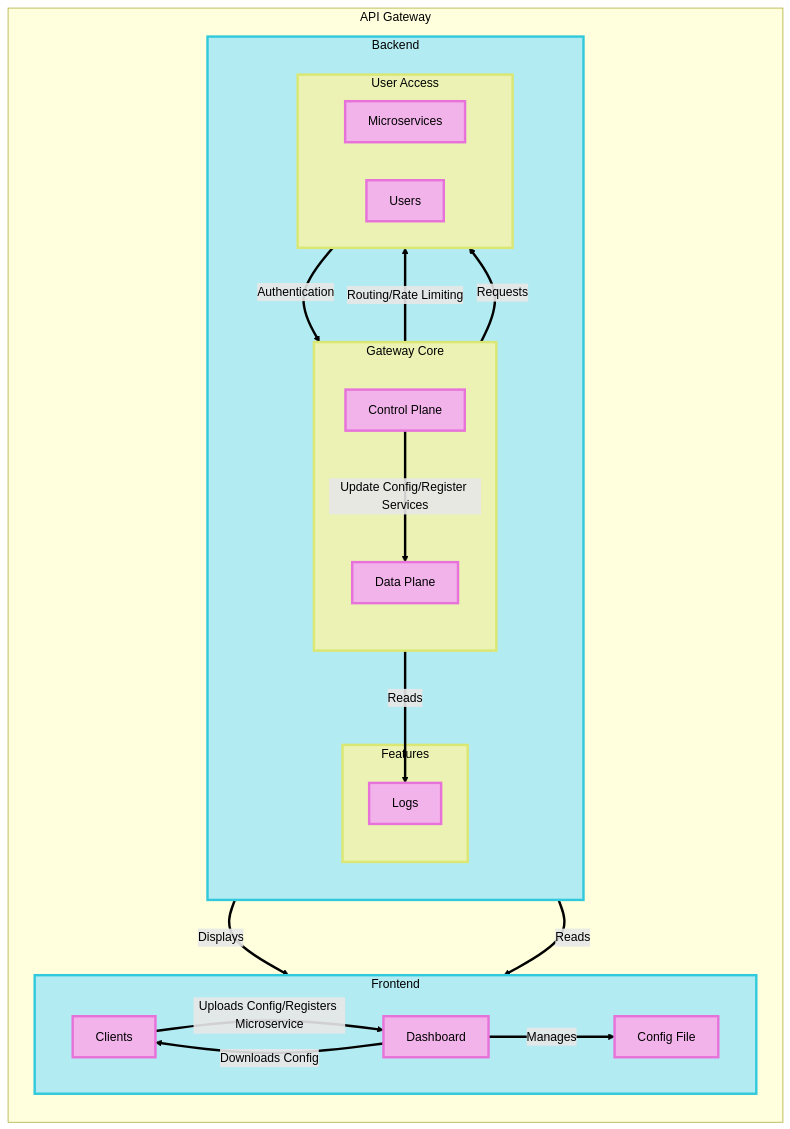
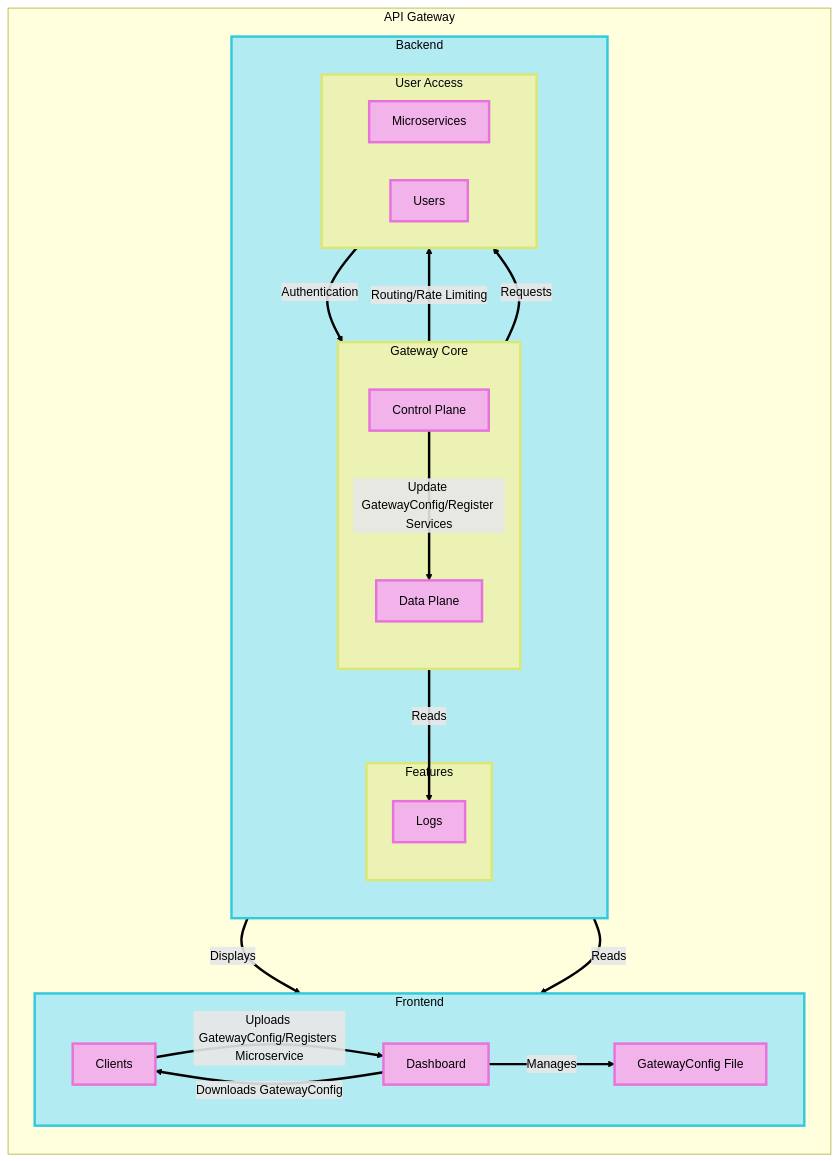
One commit to john-david3/fyp-api-gateway changed the diagram in docs/architecture.md. Above: the diagram before and after it, drawn with Mermaid. The commit also changed 18 other files, not shown here.

````diff
--- a/docs/architecture.md
+++ b/docs/architecture.md
@@ -1,69 +1,69 @@
 ```mermaid
 flowchart TB
 %% Graphs
     subgraph Project["API Gateway"]
         direction TB
 
         subgraph Frontend["Frontend"]
             direction LR
             Clients["Clients"]
             Dashboard["Dashboard"]
-            Config["Config File"]
+            GatewayConfig["GatewayConfig File"]
         end
 
         subgraph Backend["Backend"]
             direction TB
 
             subgraph Features["Features"]
                 Logs["Logs"]
             end
 
             subgraph Core["Gateway Core"]
                 direction TB
                 Control["Control Plane"]
                 Data["Data Plane"]
             end
 
             subgraph UserAccess["User Access"]
                 direction LR
                 Microservices["Microservices"]
                 Users["Users"]
             end
         end
     end
 
 %% Connections
-    Clients --"Uploads Config/Registers Microservice"--> Dashboard
-    Dashboard --"Downloads Config"--> Clients
-Dashboard --"Manages"--> Config
+    Clients --"Uploads GatewayConfig/Registers Microservice"--> Dashboard
+    Dashboard --"Downloads GatewayConfig"--> Clients
+Dashboard --"Manages"--> GatewayConfig
 
-Control --"Update Config/Register Services"--> Data
+Control --"Update GatewayConfig/Register Services"--> Data
 Control --Displays--> Dashboard
-Control --Reads--> Config
+Control --Reads--> GatewayConfig
 Control --"Reads"--> Logs
 Data --"Routing/Rate Limiting"--> Microservices
 Data --Requests--> Users
 Users --Authentication--> Data
 
 %% Colours
 classDef outer fill:#b3ebf2,stroke:#31c9dc,stroke-width:0.2em,color:#000;
 class Frontend outer;
 class Backend outer;
 
 classDef inner fill:#ebf2b3,stroke:#dae772,stroke-width:0.2em,color:#000;
 class Core inner;
 class Features inner;
 class UserAccess inner;
 
 classDef nodes fill:#f2b3eb,stroke:#e772da,stroke-width:0.2em,color:#000;
 class Control nodes;
 class Data nodes;
 class Clients nodes;
 class Logs nodes;
-class Config nodes;
+class GatewayConfig nodes;
 class Dashboard nodes;
 class Microservices nodes;
 class Users nodes;
 
 linkStyle default stroke:#000,stroke-width:0.2em;
 ```
````
